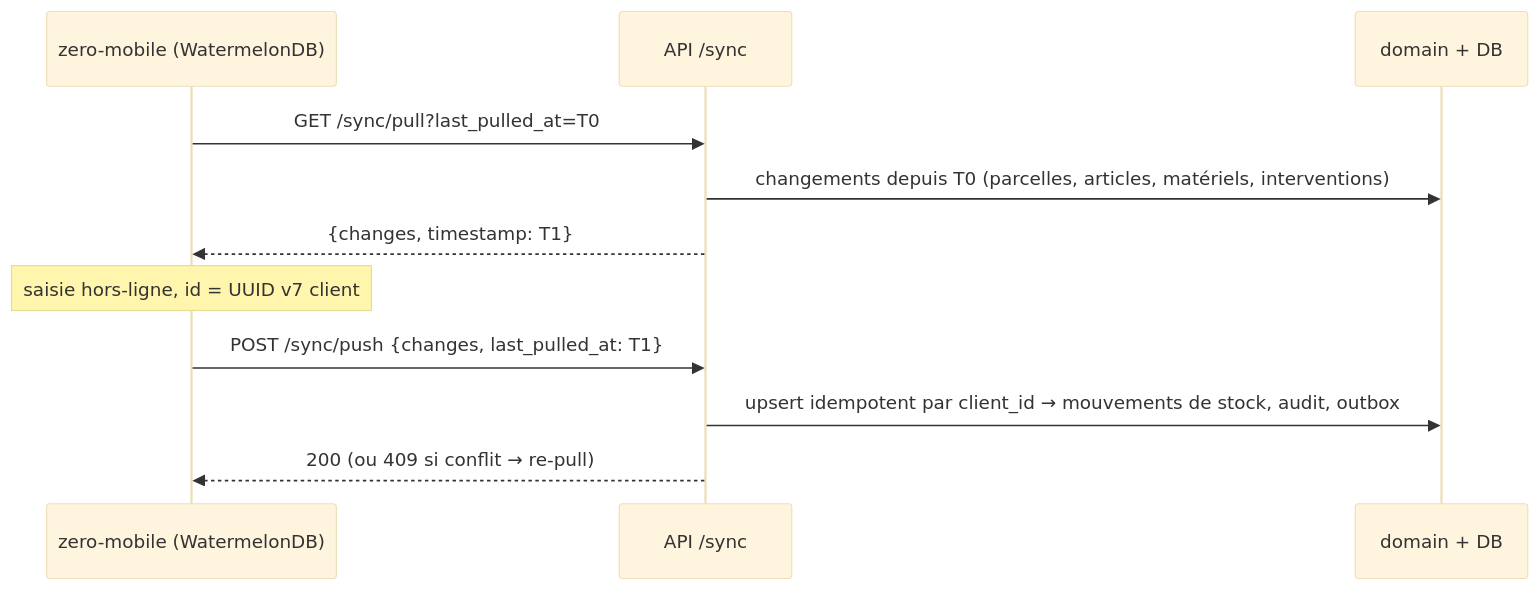
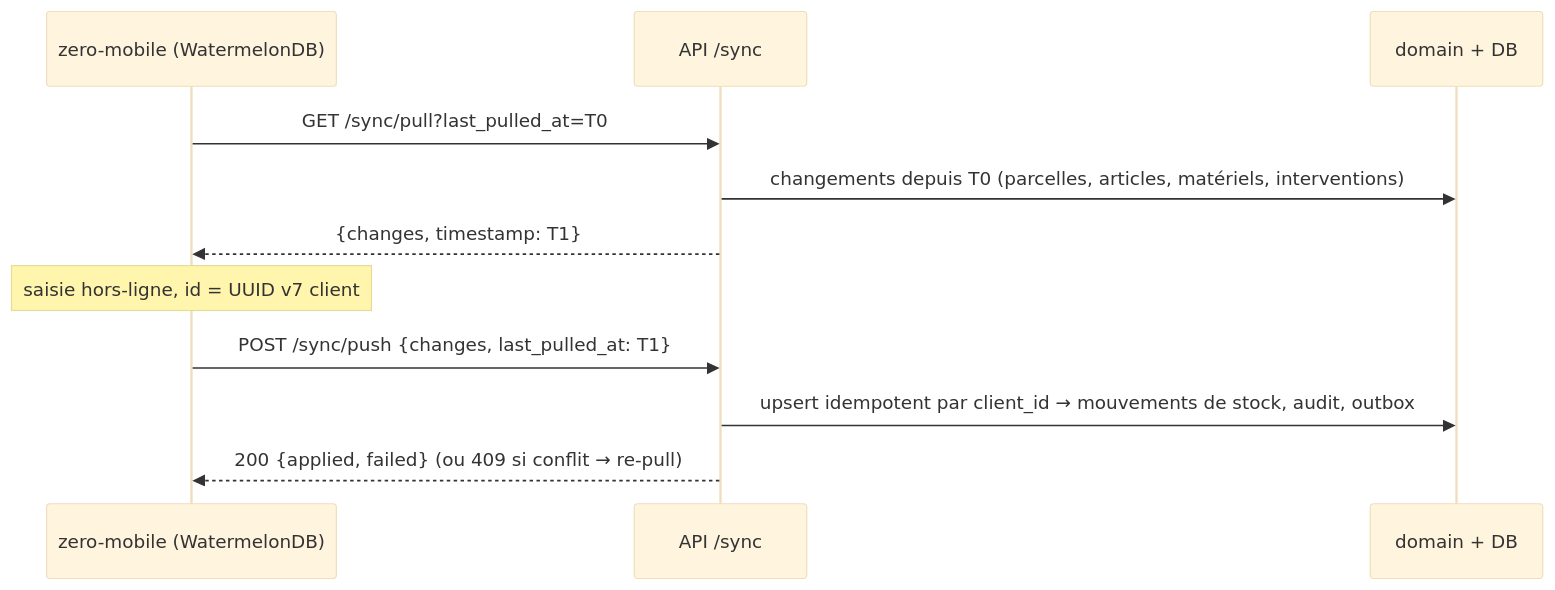
The third of 6 diagrams in docs/architecture.md (ekylibre/fourmy), drawn with Mermaid (base theme) before and after one commit. The commit also changed other lines of this file and 11 other files, not shown here.

````diff
--- a/docs/architecture.md
+++ b/docs/architecture.md
@@ -234,13 +258,13 @@
 ```mermaid
 sequenceDiagram
   participant M as zero-mobile (WatermelonDB)
   participant A as API /sync
   participant D as domain + DB
   M->>A: GET /sync/pull?last_pulled_at=T0
   A->>D: changements depuis T0 (parcelles, articles, matériels, interventions)
   A-->>M: {changes, timestamp: T1}
   Note over M: saisie hors-ligne, id = UUID v7 client
   M->>A: POST /sync/push {changes, last_pulled_at: T1}
   A->>D: upsert idempotent par client_id → mouvements de stock, audit, outbox
-  A-->>M: 200 (ou 409 si conflit → re-pull)
+  A-->>M: 200 {applied, failed} (ou 409 si conflit → re-pull)
 ```
````
